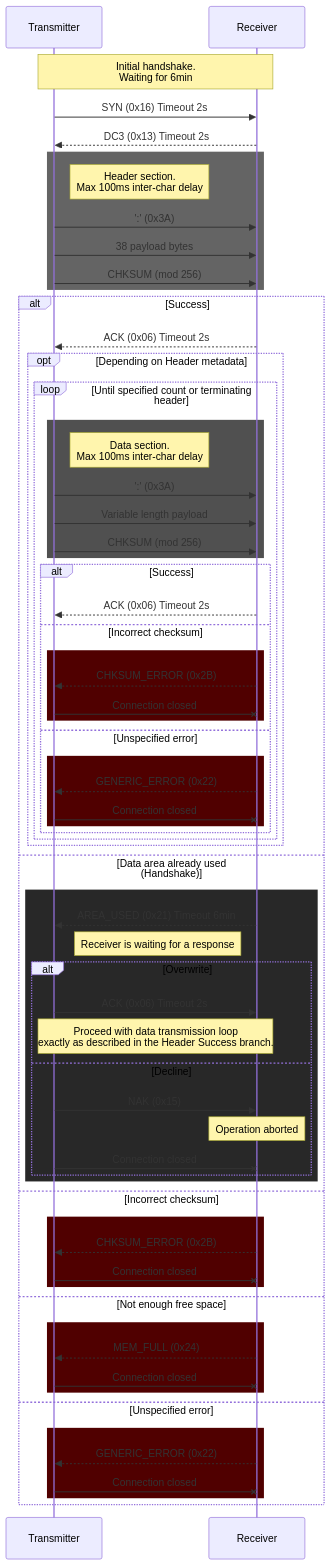
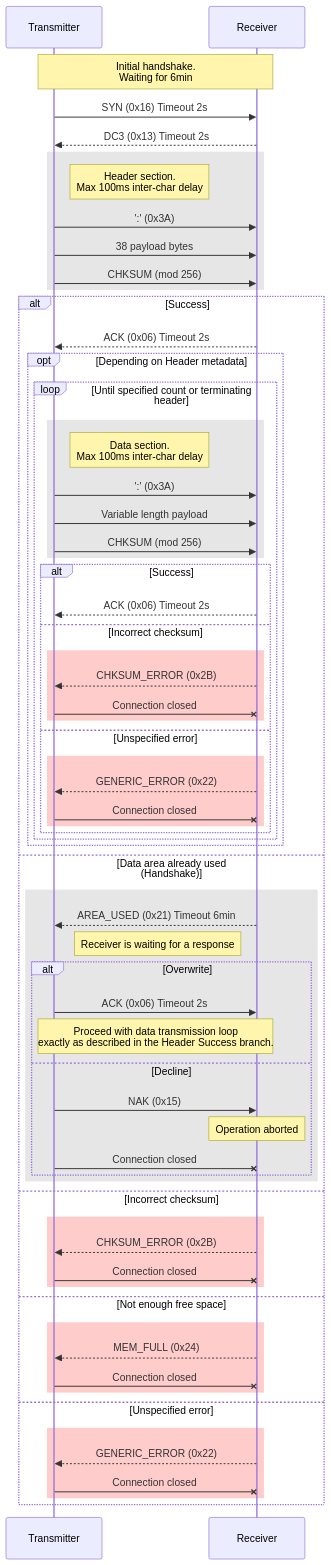
One commit to tarapitha/casio_fx changed the diagram in PROTOCOL.md. Above: the diagram before and after it, drawn with Mermaid.

````diff
--- a/PROTOCOL.md
+++ b/PROTOCOL.md
@@ -1,73 +1,73 @@
 ```mermaid
 sequenceDiagram
     participant T as Transmitter
     participant R as Receiver
 
     Note over T,R: Initial handshake.<br/>Waiting for 6min
     T->>R: SYN (0x16) Timeout 2s
     R-->>T: DC3 (0x13) Timeout 2s
     
-    rect rgb(100, 100, 100)
+    rect rgba(128, 128, 128, 0.2)
     Note right of T: Header section.<br/>Max 100ms inter-char delay
     T->>R: ':' (0x3A)
     T->>R: 38 payload bytes
     T->>R: CHKSUM (mod 256)
     end
 
     alt Success
         R-->>T: ACK (0x06) Timeout 2s
 
         opt Depending on Header metadata
             loop Until specified count or terminating header
-                rect rgb(80, 80, 80)
+                rect rgba(128, 128, 128, 0.2)
                 Note right of T: Data section.<br/>Max 100ms inter-char delay
                 T->>R: ':' (0x3A)
                 T->>R: Variable length payload
                 T->>R: CHKSUM (mod 256)
                 end
                 alt Success
                     R-->>T: ACK (0x06) Timeout 2s
                 else Incorrect checksum
-                    rect rgb(80, 0, 0)
+                    rect rgba(255, 0, 0, 0.2)
                     R-->>T: CHKSUM_ERROR (0x2B)
                     T-xR: Connection closed
                     end
                 else Unspecified error
-                    rect rgb(80, 0, 0)
+                    rect rgba(255, 0, 0, 0.2)
                     R-->>T: GENERIC_ERROR (0x22)
                     T-xR: Connection closed
                     end
                 end
             end
         end
 
     else Data area already used (Handshake)
-        rect rgb(40, 40, 40)
+        rect rgba(128, 128, 128, 0.2)
         R-->>T: AREA_USED (0x21) Timeout 6min
         Note left of R: Receiver is waiting for a response
         alt Overwrite
             T->>R: ACK (0x06) Timeout 2s
             Note over T,R: Proceed with data transmission loop<br/>exactly as described in the Header Success branch.
         else Decline
             T->>R: NAK (0x15)
             Note over R: Operation aborted
             T-xR: Connection closed
         end
         end
     else Incorrect checksum
-        rect rgb(80, 0, 0)
+        rect rgba(255, 0, 0, 0.2)
         R-->>T: CHKSUM_ERROR (0x2B)
         T-xR: Connection closed
         end
     else Not enough free space
-        rect rgb(80, 0, 0)
+        rect rgba(255, 0, 0, 0.2)
         R-->>T: MEM_FULL (0x24)
         T-xR: Connection closed
         end
     else Unspecified error
-        rect rgb(80, 0, 0)
+        rect rgba(255, 0, 0, 0.2)
         R-->>T: GENERIC_ERROR (0x22)
         T-xR: Connection closed
         end
     end
 ```
````
